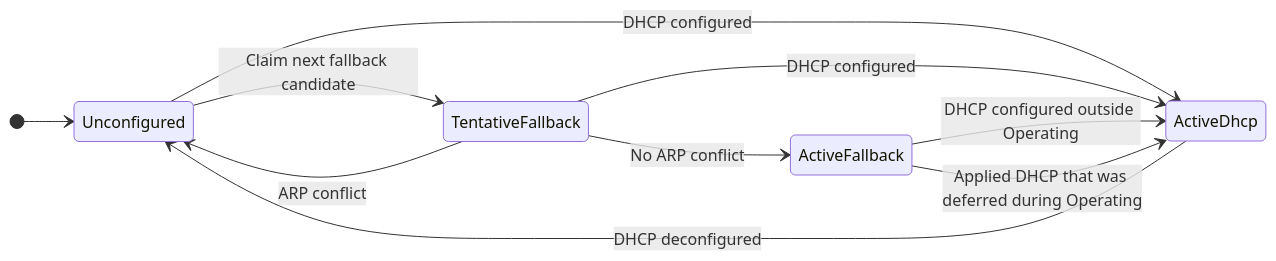
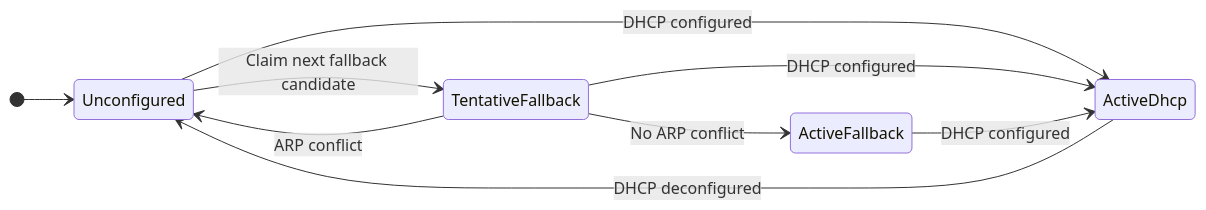
The diagram in software/deimos/README.md (deimoscontrols/deimos), drawn with Mermaid before and after one commit.

Commit message:
simplify diagram

````diff
--- a/software/deimos/README.md
+++ b/software/deimos/README.md
@@ -183,18 +183,17 @@
 ```mermaid
 stateDiagram-v2
     direction LR
 
     [*] --> Unconfigured
 
     Unconfigured --> TentativeFallback: Claim next fallback candidate
     Unconfigured --> ActiveDhcp: DHCP configured
 
     TentativeFallback --> ActiveFallback: No ARP conflict
     TentativeFallback --> Unconfigured: ARP conflict
     TentativeFallback --> ActiveDhcp: DHCP configured
 
-    ActiveFallback --> ActiveDhcp: DHCP configured outside Operating
-    ActiveFallback --> ActiveDhcp: Applied DHCP that was deferred during Operating
+    ActiveFallback --> ActiveDhcp: DHCP configured
 
     ActiveDhcp --> Unconfigured: DHCP deconfigured
 ```
````
